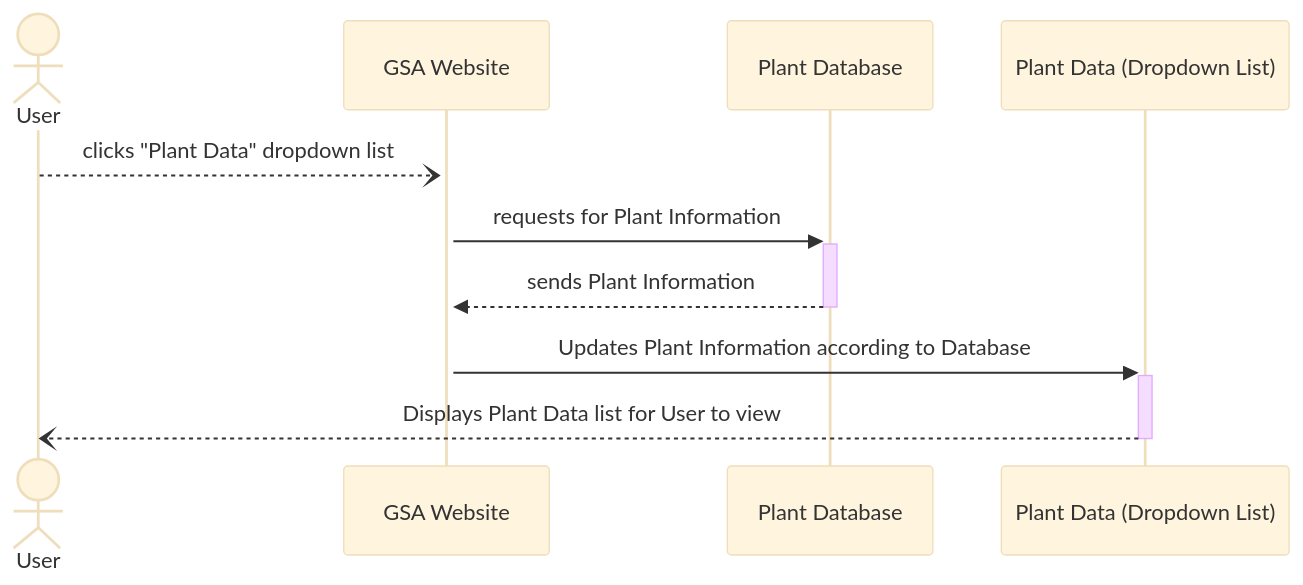
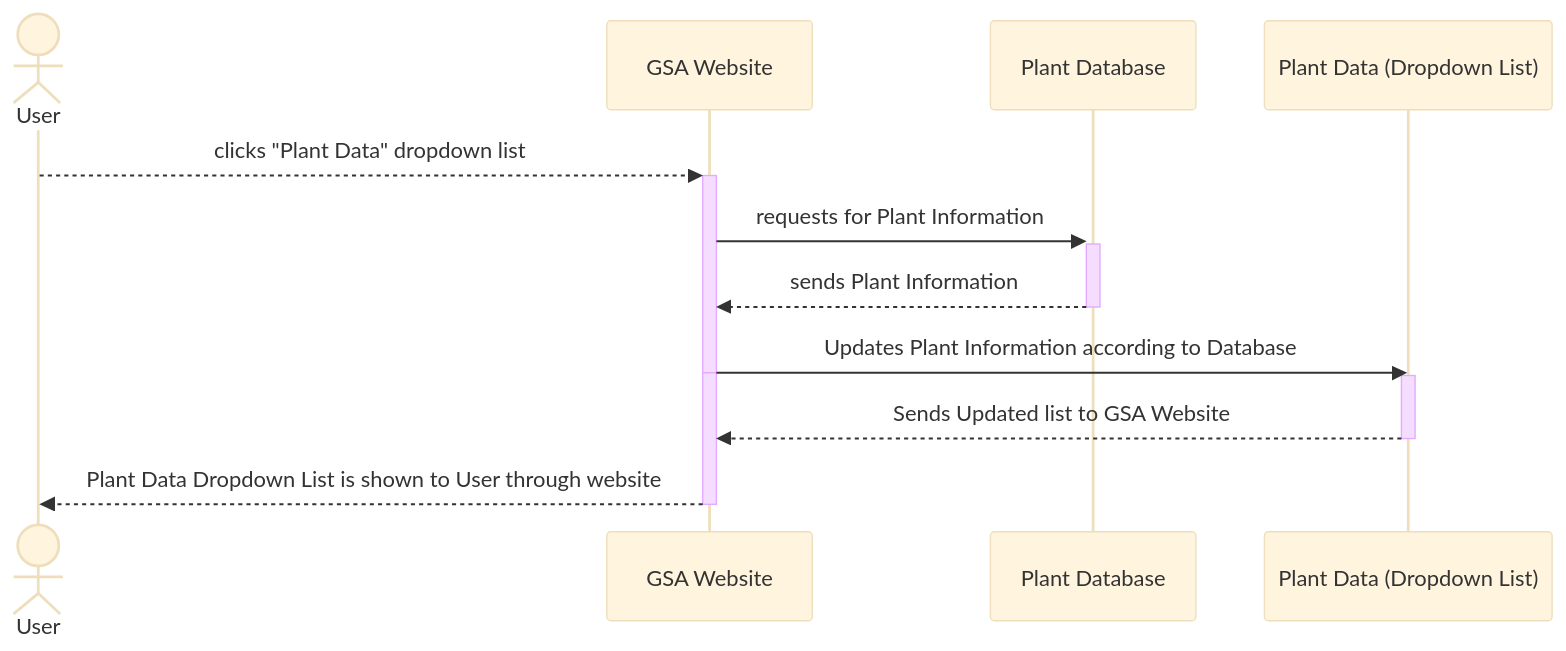
Before and after one commit to Capstone-Projects-2023-Fall/project-garden-sensor-array: the first of 3 diagrams in documentation/docs/system-architecture/sequence_diagrams.md, drawn with Mermaid (base theme). The commit also changed other lines of this file, not shown here.

Commit message:
made changes to description to seq diagram

````diff
--- a/documentation/docs/system-architecture/sequence_diagrams.md
+++ b/documentation/docs/system-architecture/sequence_diagrams.md
@@ -7,10 +7,17 @@
 ```mermaid
 sequenceDiagram
     Actor User
 
-    User --)+ GSA Website: clicks "Plant Data" dropdown list
+    User -->>+ GSA Website: clicks "Plant Data" dropdown list
     GSA Website->>+Plant Database: requests for Plant Information
+   
     Plant Database-->>-GSA Website: sends Plant Information
-    GSA Website->>+Plant Data (Dropdown List): Updates Plant Information according to Database
-    Plant Data (Dropdown List)--)-User:  Displays Plant Data list for User to view
+    
+    GSA Website->>-Plant Data (Dropdown List): Updates Plant Information according to Database
+    activate GSA Website
+    activate Plant Data (Dropdown List)
+    Plant Data (Dropdown List)-->>-GSA Website: Sends Updated list to GSA Website
+    
+    GSA Website-->>-User: Plant Data Dropdown List is shown to User through website
+    
 ```
````
